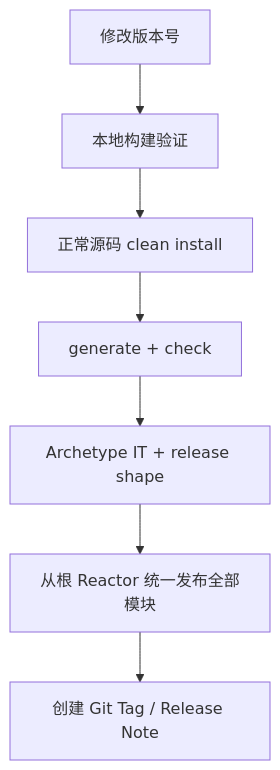
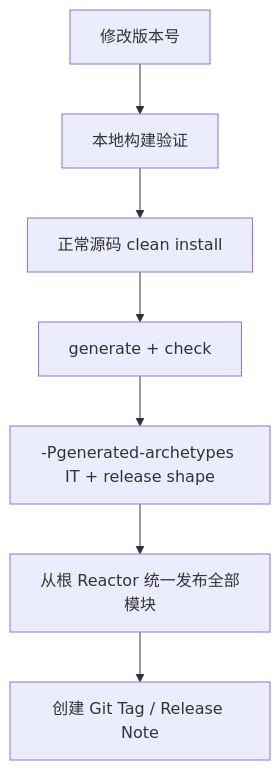
One commit to AllenDEricDAlexander/Egon-COLA changed the diagram in scripts/maven-deploy.md. Above: the diagram before and after it, drawn with Mermaid. The commit also changed other lines of this file and 7 other files, not shown here.

Commit message:
release(archetypes): publish generated reactor as one bundle

````diff
--- a/scripts/maven-deploy.md
+++ b/scripts/maven-deploy.md
@@ -34,9 +42,9 @@
 ```mermaid
 flowchart TD
     A[修改版本号] --> B[本地构建验证]
     B --> C[正常源码 clean install]
     C --> D[generate + check]
-    D --> E[Archetype IT + release shape]
+    D --> E[-Pgenerated-archetypes IT + release shape]
     E --> F[从根 Reactor 统一发布全部模块]
     F --> G[创建 Git Tag / Release Note]
 ```
````
